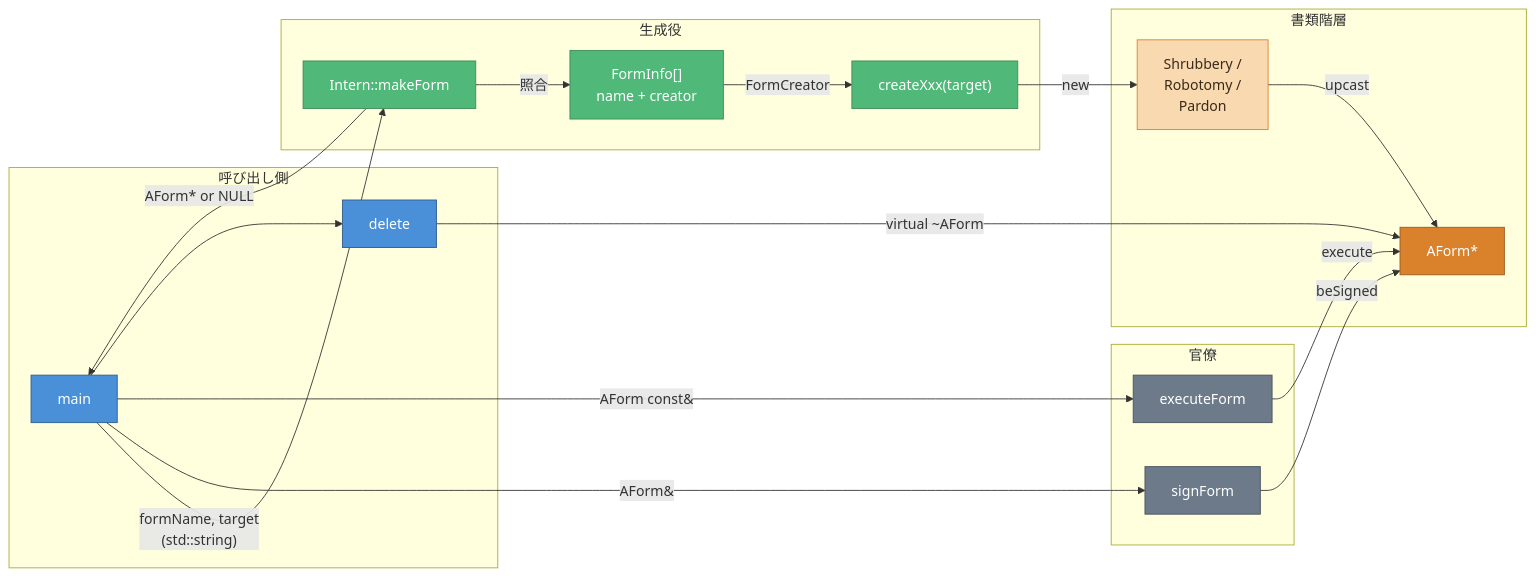
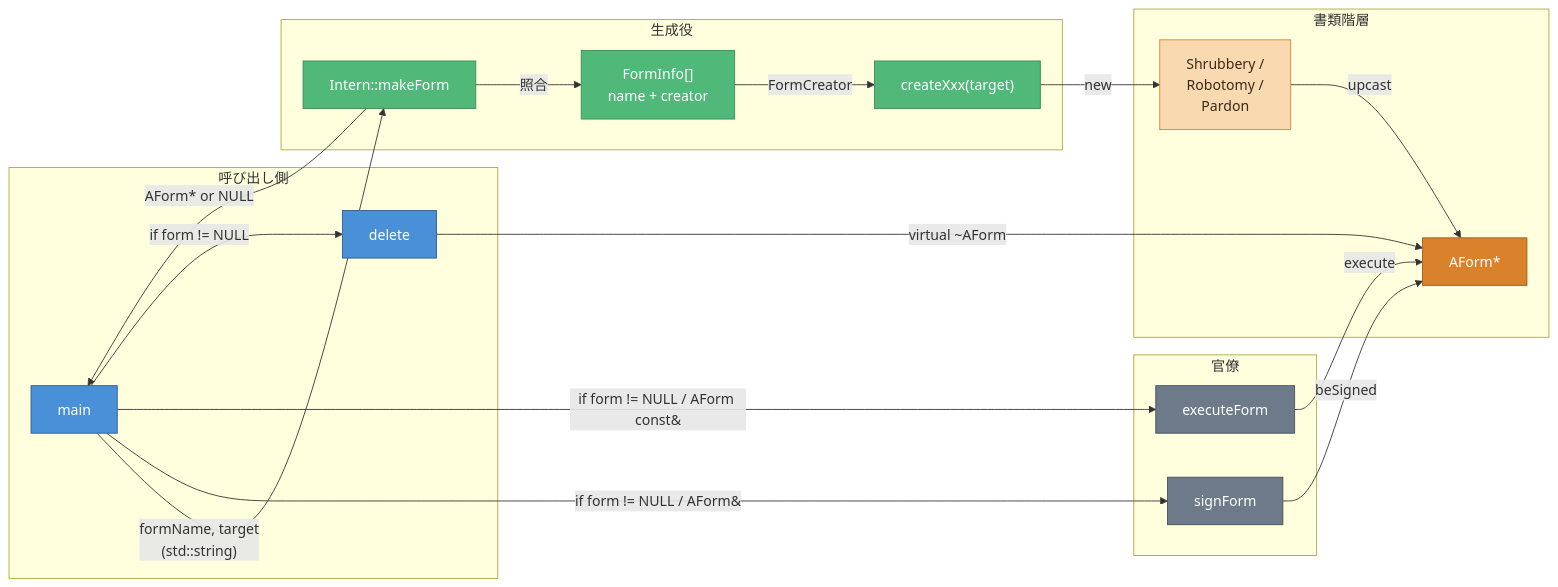
Before and after one commit to tototec1234/cpp05-09_learning_guide: the second of 2 diagrams in CPP05_ex03_data_flow_diagram.md, drawn with Mermaid.

Commit message:
Add null checks for form in data flow diagram
概念図だからまぁいいかとも思うが、念の為NULLガードも記載する。細かすぎて図の可読性が落ちるなら、後々元に戻す。

````diff
--- a/CPP05_ex03_data_flow_diagram.md
+++ b/CPP05_ex03_data_flow_diagram.md
@@ -61,47 +61,46 @@
 ```mermaid
 flowchart LR
     subgraph Caller["呼び出し側"]
         main["main"]
         delete_node["delete"]
     end
 
     subgraph Creator["生成役"]
         makeForm["Intern::makeForm"]
         table["FormInfo[]\nname + creator"]
         creators["createXxx(target)"]
     end
 
     subgraph Forms["書類階層"]
         aform["AForm*"]
         concrete["Shrubbery /\nRobotomy /\nPardon"]
     end
 
     subgraph Actor["官僚"]
         sign["signForm"]
         exec["executeForm"]
     end
 
     main -->|"formName, target\n(std::string)"| makeForm
     makeForm -->|"照合"| table
     table -->|"FormCreator"| creators
     creators -->|"new"| concrete
     concrete -->|"upcast"| aform
     makeForm -->|"AForm* or NULL"| main
-
-    main -->|"AForm&"| sign
+    main -->|"if form != NULL / AForm&"| sign
     sign -->|"beSigned"| aform
-    main -->|"AForm const&"| exec
+    main -->|"if form != NULL / AForm const&"| exec
     exec -->|"execute"| aform
-    main --> delete_node
+    main -->|"if form != NULL"| delete_node
     delete_node -->|"virtual ~AForm"| aform
 
     style main fill:#4A90D9,stroke:#2E5A8B,color:#fff
     style delete_node fill:#4A90D9,stroke:#2E5A8B,color:#fff
     style makeForm fill:#50B878,stroke:#3A8A5A,color:#fff
     style table fill:#50B878,stroke:#3A8A5A,color:#fff
     style creators fill:#50B878,stroke:#3A8A5A,color:#fff
     style aform fill:#D9822B,stroke:#9A5A1E,color:#fff
     style concrete fill:#F8D9B0,stroke:#D9822B,color:#3A2A18
     style sign fill:#6C7A89,stroke:#45515C,color:#fff
     style exec fill:#6C7A89,stroke:#45515C,color:#fff
 ```
````
